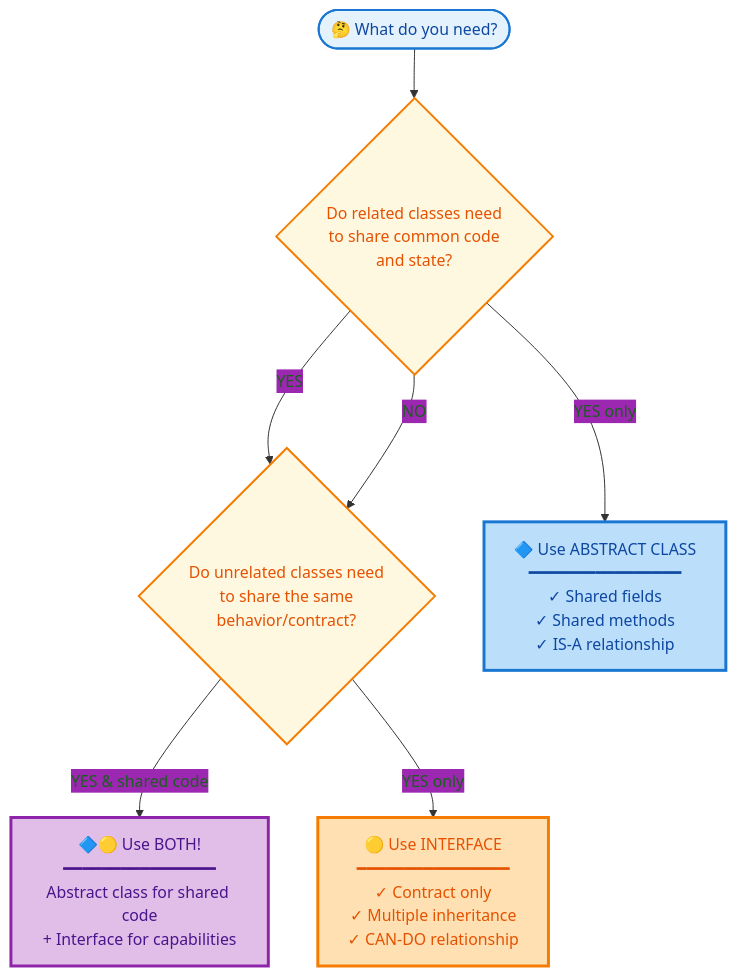
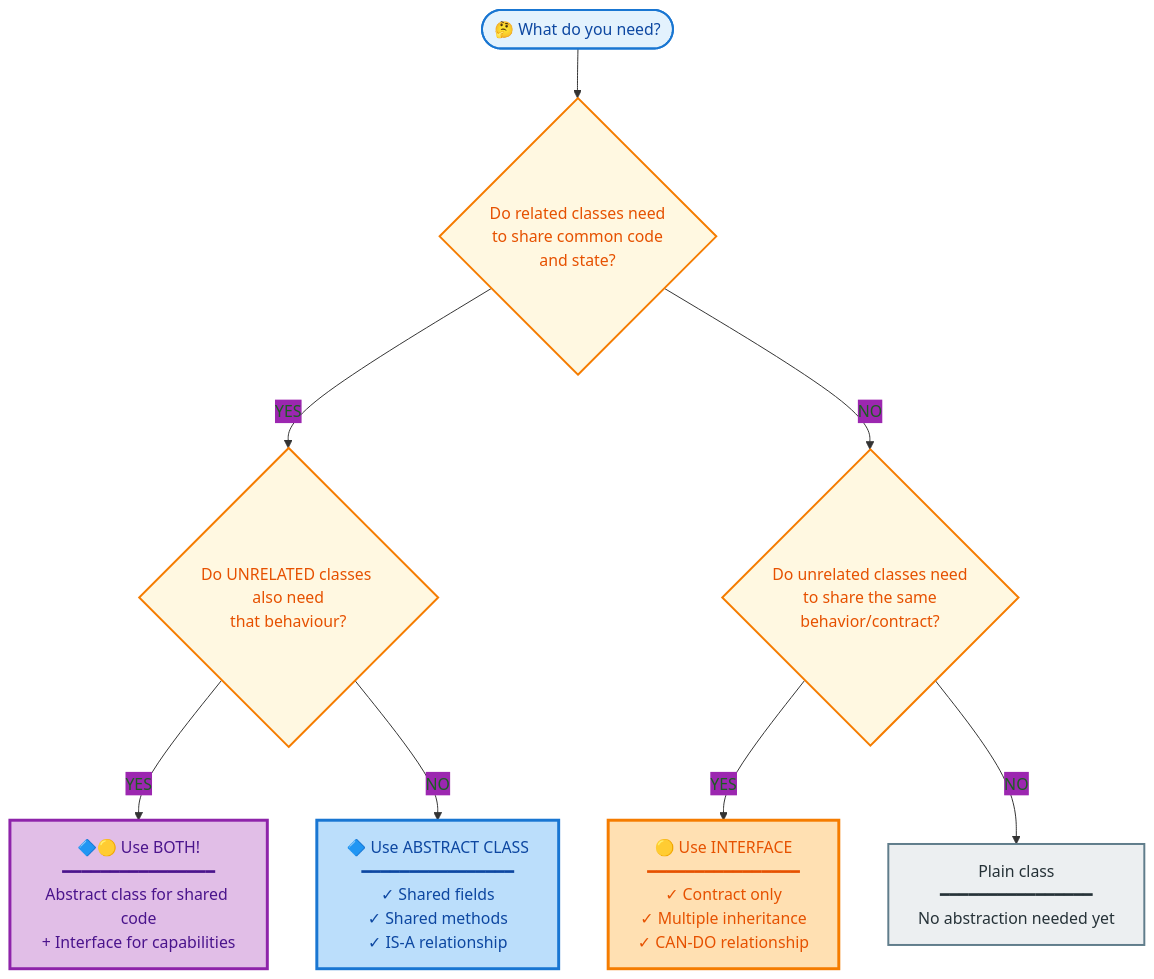
One commit to danielcregg/object-oriented-computing changed diagram 14 of 14 in labs/src/ie/atu/abstraction/README.md. Above: the diagram before and after it, drawn with Mermaid. The commit also changed other lines of this file and 10 other files, not shown here.

````diff
--- a/labs/src/ie/atu/abstraction/README.md
+++ b/labs/src/ie/atu/abstraction/README.md
@@ -948,26 +948,32 @@
 ```mermaid
 %%{init: {'theme': 'base', 'themeVariables': { 'primaryColor': '#4CAF50', 'primaryTextColor': '#1B5E20', 'primaryBorderColor': '#388E3C', 'lineColor': '#333', 'secondaryColor': '#9C27B0', 'tertiaryColor': '#E8F5E9'}}}%%
 flowchart TD
     START(["🤔 What do you need?"])
     
     Q1{"Do related classes need<br/>to share common code<br/>and state?"}
     Q2{"Do unrelated classes need<br/>to share the same<br/>behavior/contract?"}
     
     A1["🔷 Use ABSTRACT CLASS<br/>━━━━━━━━━━━━━━━━<br/>✓ Shared fields<br/>✓ Shared methods<br/>✓ IS-A relationship"]
     A2["🟡 Use INTERFACE<br/>━━━━━━━━━━━━━━━━<br/>✓ Contract only<br/>✓ Multiple inheritance<br/>✓ CAN-DO relationship"]
     A3["🔷🟡 Use BOTH!<br/>━━━━━━━━━━━━━━━━<br/>Abstract class for shared code<br/>+ Interface for capabilities"]
     
+    Q3{"Do UNRELATED classes also need<br/>that behaviour?"}
+    A4["Plain class<br/>━━━━━━━━━━━━━━━━<br/>No abstraction needed yet"]
+
     START --> Q1
-    Q1 --> |"YES"| Q2
+    Q1 --> |"YES"| Q3
+    Q3 --> |"YES"| A3
+    Q3 --> |"NO"| A1
     Q1 --> |"NO"| Q2
-    Q2 --> |"YES & shared code"| A3
-    Q2 --> |"YES only"| A2
-    Q1 --> |"YES only"| A1
+    Q2 --> |"YES"| A2
+    Q2 --> |"NO"| A4
 
     style START fill:#E3F2FD,stroke:#1976D2,stroke-width:2px,color:#0D47A1
     style Q1 fill:#FFF8E1,stroke:#F57C00,stroke-width:2px,color:#E65100
     style Q2 fill:#FFF8E1,stroke:#F57C00,stroke-width:2px,color:#E65100
+    style Q3 fill:#FFF8E1,stroke:#F57C00,stroke-width:2px,color:#E65100
+    style A4 fill:#ECEFF1,stroke:#607D8B,stroke-width:2px,color:#263238
     style A1 fill:#BBDEFB,stroke:#1976D2,stroke-width:3px,color:#0D47A1
     style A2 fill:#FFE0B2,stroke:#F57C00,stroke-width:3px,color:#E65100
     style A3 fill:#E1BEE7,stroke:#8E24AA,stroke-width:3px,color:#4A148C
 ```
````
